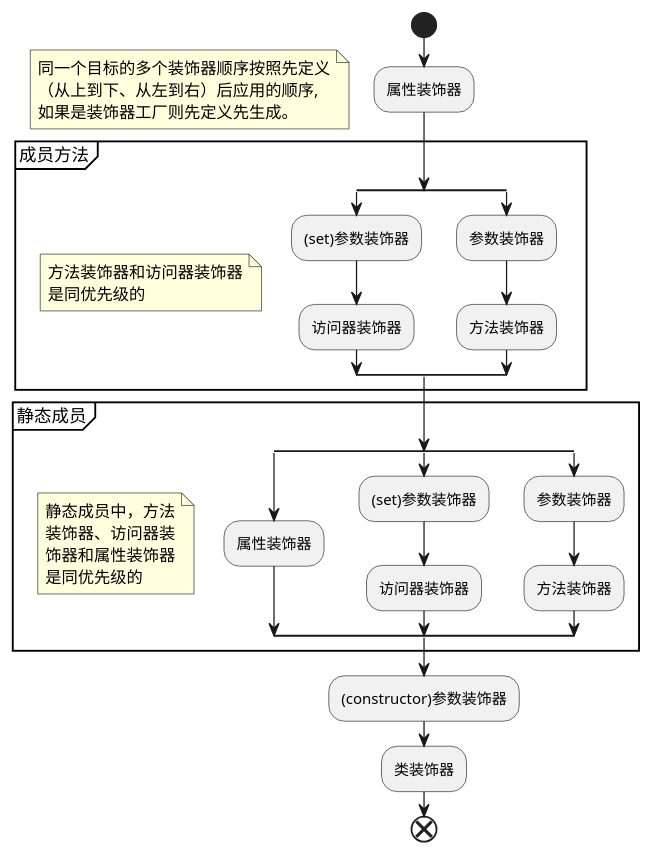
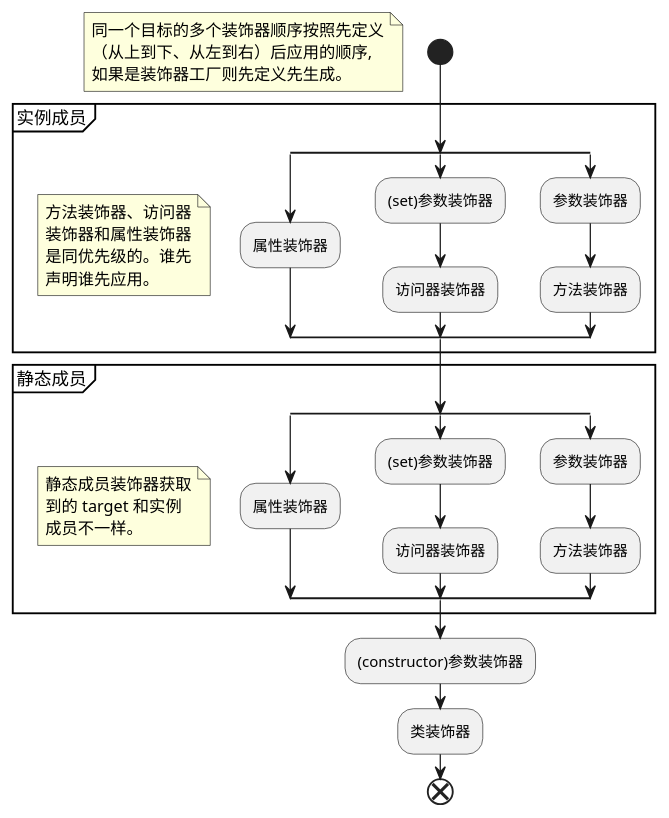
Before and after one commit to ShueyYuen/yuen-blog: the diagram in content/post/20240930-typescript-decorator.md, drawn with PlantUML. The commit also changed other lines of this file and 6 other files, not shown here.

````diff
--- a/content/post/20240930-typescript-decorator.md
+++ b/content/post/20240930-typescript-decorator.md
@@ -170,47 +170,49 @@
 ```plantuml
 @startuml
 start
-:属性装饰器;
 floating note
   同一个目标的多个装饰器顺序按照先定义
   （从上到下、从左到右）后应用的顺序, 
   如果是装饰器工厂则先定义先生成。
 end note
 
-group 成员方法
+group 实例成员
   note left
-    方法装饰器和访问器装饰器
-    是同优先级的
+    方法装饰器、访问器
+    装饰器和属性装饰器
+    是同优先级的。谁先
+    声明谁先应用。
   end note
   split
+    :属性装饰器;
+  split again
     :(set)参数装饰器;
     :访问器装饰器;
   split again
     :参数装饰器;
     :方法装饰器;
   end split
 end group
 
 group 静态成员
   note left
-    静态成员中，方法
-    装饰器、访问器装
-    饰器和属性装饰器
-    是同优先级的
+    静态成员装饰器获取
+    到的 target 和实例
+    成员不一样。
   end note
   split
     :属性装饰器;
   split again
     :(set)参数装饰器;
     :访问器装饰器;
   split again
     :参数装饰器;
     :方法装饰器;
   end split
 end group
 
 :(constructor)参数装饰器;
 :类装饰器;
 end
 @enduml
 ```
````
